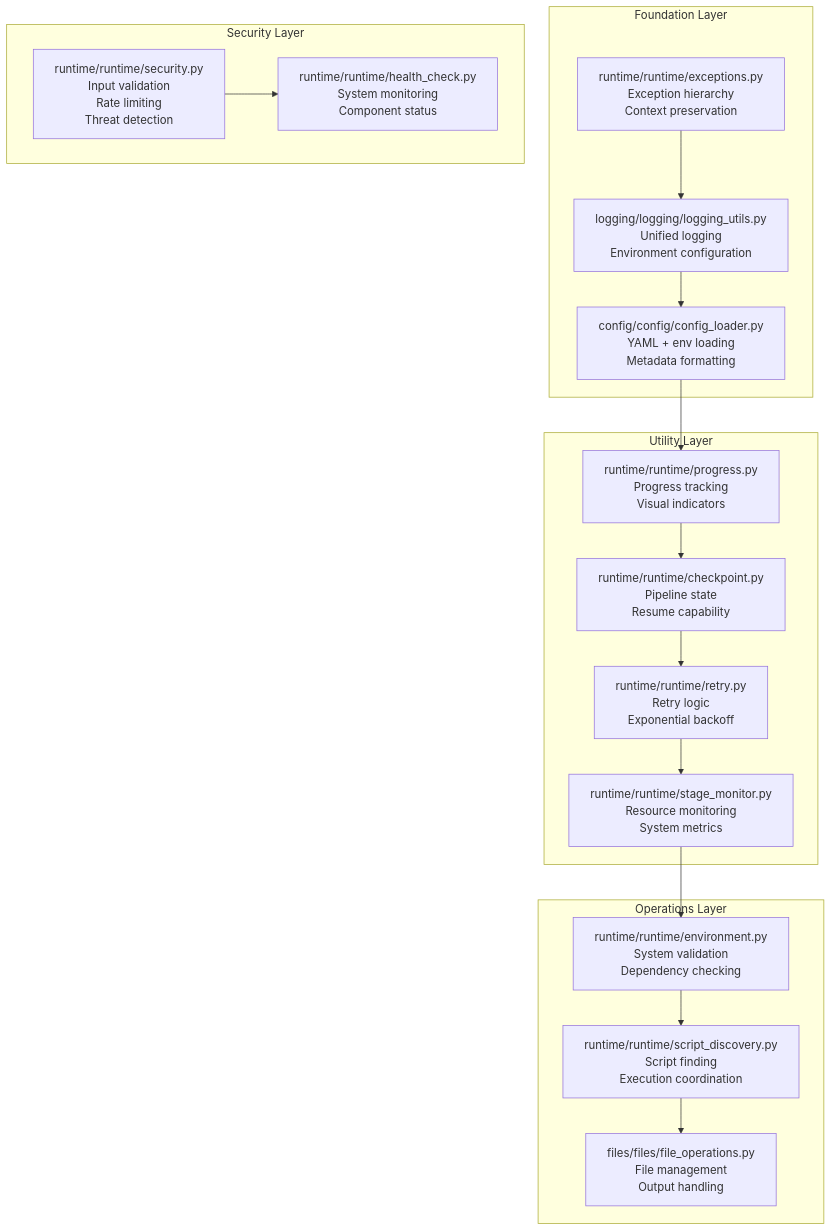
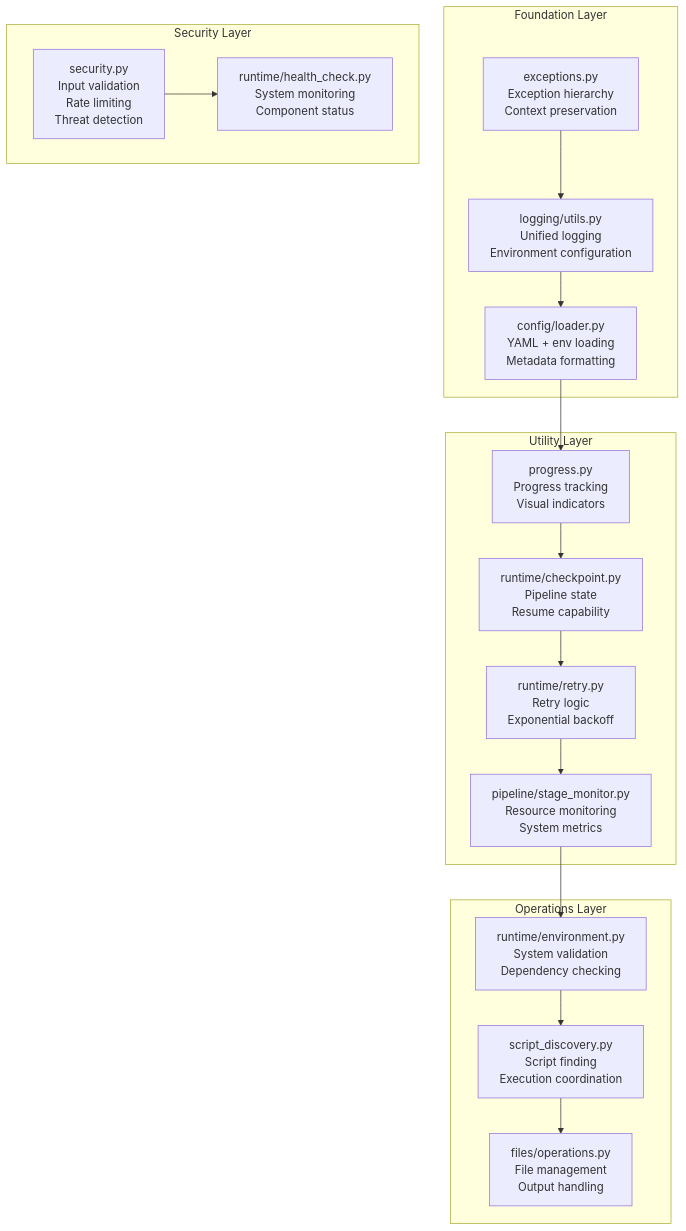
The first of 5 diagrams in infrastructure/core/README.md (docxology/template), drawn with Mermaid before and after one commit. The commit also changed other lines of this file and 1035 other files, not shown here.

````diff
--- a/infrastructure/core/README.md
+++ b/infrastructure/core/README.md
@@ -36,42 +36,42 @@
 ```mermaid
 graph TD
     subgraph Foundation["Foundation Layer"]
-        EXCEPTIONS[runtime/runtime/exceptions.py<br/>Exception hierarchy<br/>Context preservation]
-        LOGGING[logging/logging/logging_utils.py<br/>Unified logging<br/>Environment configuration]
-        CONFIG[config/config/config_loader.py<br/>YAML + env loading<br/>Metadata formatting]
+        EXCEPTIONS[exceptions.py<br/>Exception hierarchy<br/>Context preservation]
+        LOGGING[logging/utils.py<br/>Unified logging<br/>Environment configuration]
+        CONFIG[config/loader.py<br/>YAML + env loading<br/>Metadata formatting]
     end
 
     subgraph Utilities["Utility Layer"]
-        PROGRESS[runtime/runtime/progress.py<br/>Progress tracking<br/>Visual indicators]
-        CHECKPOINT[runtime/runtime/checkpoint.py<br/>Pipeline state<br/>Resume capability]
-        RETRY[runtime/runtime/retry.py<br/>Retry logic<br/>Exponential backoff]
-        PERFORMANCE[runtime/runtime/stage_monitor.py<br/>Resource monitoring<br/>System metrics]
+        PROGRESS[progress.py<br/>Progress tracking<br/>Visual indicators]
+        CHECKPOINT[runtime/checkpoint.py<br/>Pipeline state<br/>Resume capability]
+        RETRY[runtime/retry.py<br/>Retry logic<br/>Exponential backoff]
+        PERFORMANCE[pipeline/stage_monitor.py<br/>Resource monitoring<br/>System metrics]
     end
 
     subgraph Operations["Operations Layer"]
-        ENVIRONMENT[runtime/runtime/environment.py<br/>System validation<br/>Dependency checking]
-        SCRIPTS[runtime/runtime/script_discovery.py<br/>Script finding<br/>Execution coordination]
-        FILES[files/files/file_operations.py<br/>File management<br/>Output handling]
+        ENVIRONMENT[runtime/environment.py<br/>System validation<br/>Dependency checking]
+        SCRIPTS[script_discovery.py<br/>Script finding<br/>Execution coordination]
+        FILES[files/operations.py<br/>File management<br/>Output handling]
     end
 
     subgraph Security["Security Layer"]
-        SECURITY[runtime/runtime/security.py<br/>Input validation<br/>Rate limiting<br/>Threat detection]
-        HEALTH[runtime/runtime/health_check.py<br/>System monitoring<br/>Component status]
+        SECURITY[security.py<br/>Input validation<br/>Rate limiting<br/>Threat detection]
+        HEALTH[runtime/health_check.py<br/>System monitoring<br/>Component status]
     end
 
     EXCEPTIONS --> LOGGING
     LOGGING --> CONFIG
     CONFIG --> PROGRESS
     PROGRESS --> CHECKPOINT
     CHECKPOINT --> RETRY
     RETRY --> PERFORMANCE
     PERFORMANCE --> ENVIRONMENT
     ENVIRONMENT --> SCRIPTS
     SCRIPTS --> FILES
     SECURITY --> HEALTH
 
     class Foundation foundation
     class Utilities utilities
     class Operations operations
     class Security security
 ```
````
